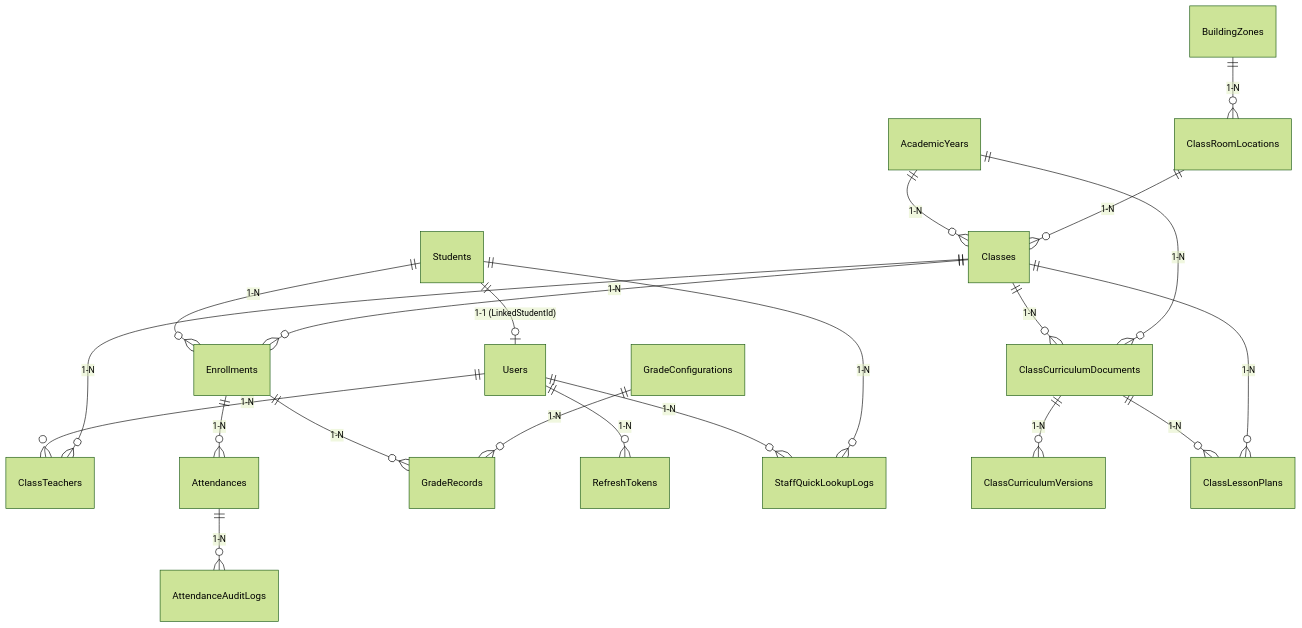
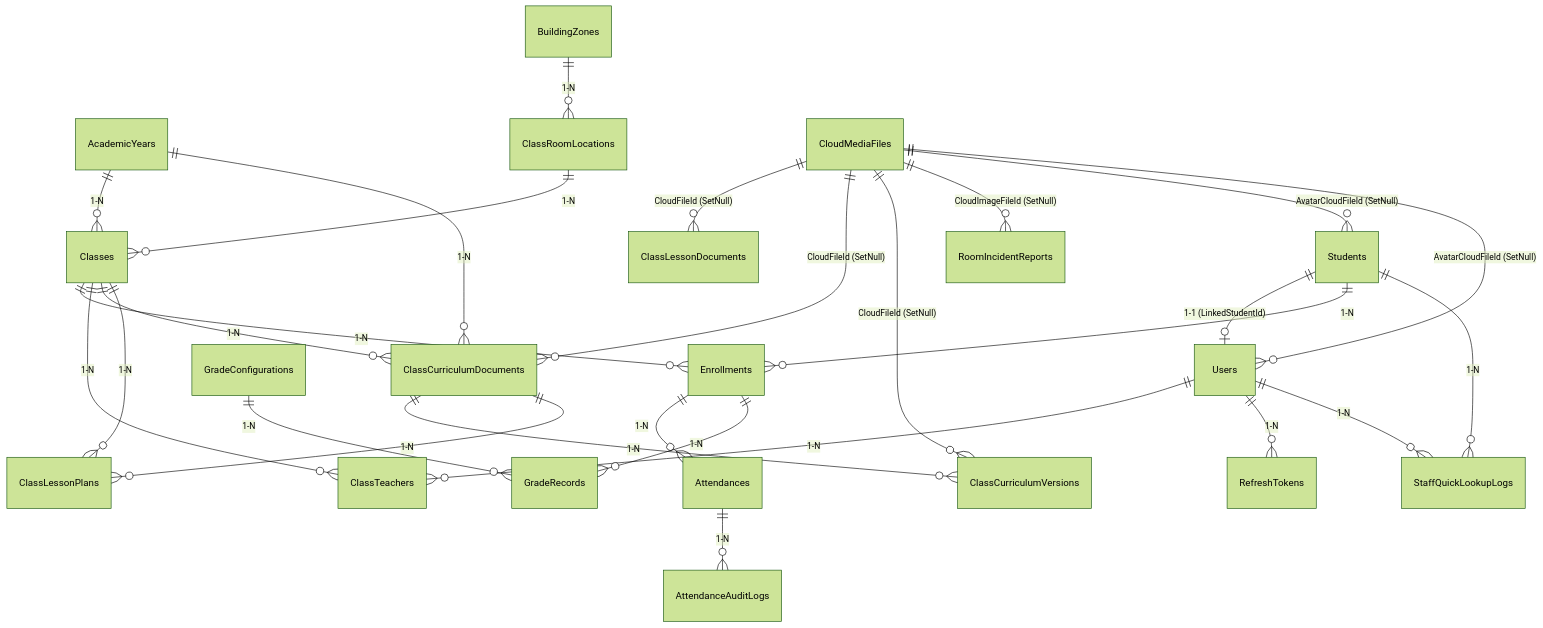
The diagram in AI-Knowledge/02-DATABASE/TABLE-RELATIONSHIPS.md (Kiin11/ManagerStudentCaltholic), drawn with Mermaid (forest theme) before and after one commit. The commit also changed other lines of this file and 13 other files, not shown here.

````diff
--- a/AI-Knowledge/02-DATABASE/TABLE-RELATIONSHIPS.md
+++ b/AI-Knowledge/02-DATABASE/TABLE-RELATIONSHIPS.md
@@ -49,23 +59,29 @@
 ```mermaid
 erDiagram
     Students ||--o| Users : "1-1 (LinkedStudentId)"
     Students ||--o{ Enrollments : "1-N"
     Classes ||--o{ Enrollments : "1-N"
     AcademicYears ||--o{ Classes : "1-N"
     Users ||--o{ ClassTeachers : "1-N"
     Classes ||--o{ ClassTeachers : "1-N"
     Enrollments ||--o{ Attendances : "1-N"
     Attendances ||--o{ AttendanceAuditLogs : "1-N"
     Enrollments ||--o{ GradeRecords : "1-N"
     GradeConfigurations ||--o{ GradeRecords : "1-N"
     BuildingZones ||--o{ ClassRoomLocations : "1-N"
     ClassRoomLocations ||--o{ Classes : "1-N"
     Users ||--o{ RefreshTokens : "1-N"
     Users ||--o{ StaffQuickLookupLogs : "1-N"
     Students ||--o{ StaffQuickLookupLogs : "1-N"
     Classes ||--o{ ClassCurriculumDocuments : "1-N"
     AcademicYears ||--o{ ClassCurriculumDocuments : "1-N"
     ClassCurriculumDocuments ||--o{ ClassCurriculumVersions : "1-N"
     ClassCurriculumDocuments ||--o{ ClassLessonPlans : "1-N"
     Classes ||--o{ ClassLessonPlans : "1-N"
+    CloudMediaFiles ||--o{ ClassLessonDocuments : "CloudFileId (SetNull)"
+    CloudMediaFiles ||--o{ ClassCurriculumDocuments : "CloudFileId (SetNull)"
+    CloudMediaFiles ||--o{ ClassCurriculumVersions : "CloudFileId (SetNull)"
+    CloudMediaFiles ||--o{ RoomIncidentReports : "CloudImageFileId (SetNull)"
+    CloudMediaFiles ||--o{ Students : "AvatarCloudFileId (SetNull)"
+    CloudMediaFiles ||--o{ Users : "AvatarCloudFileId (SetNull)"
 ```
````
